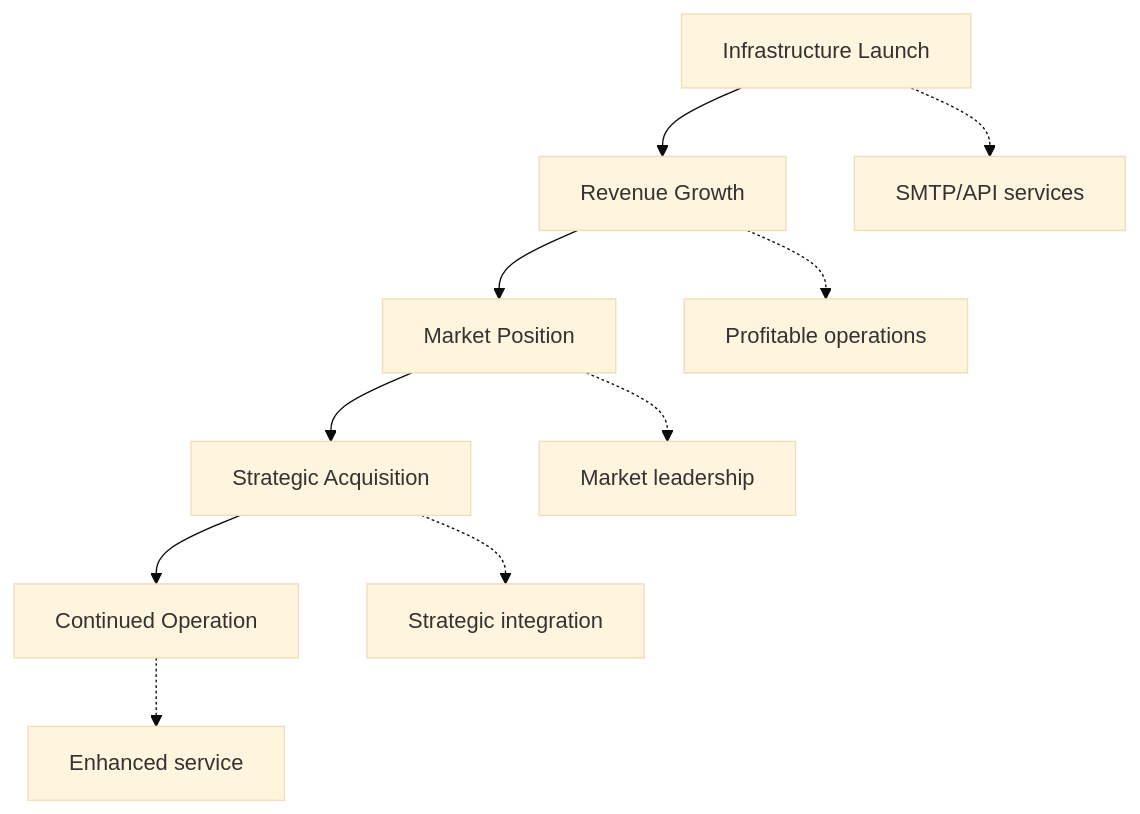
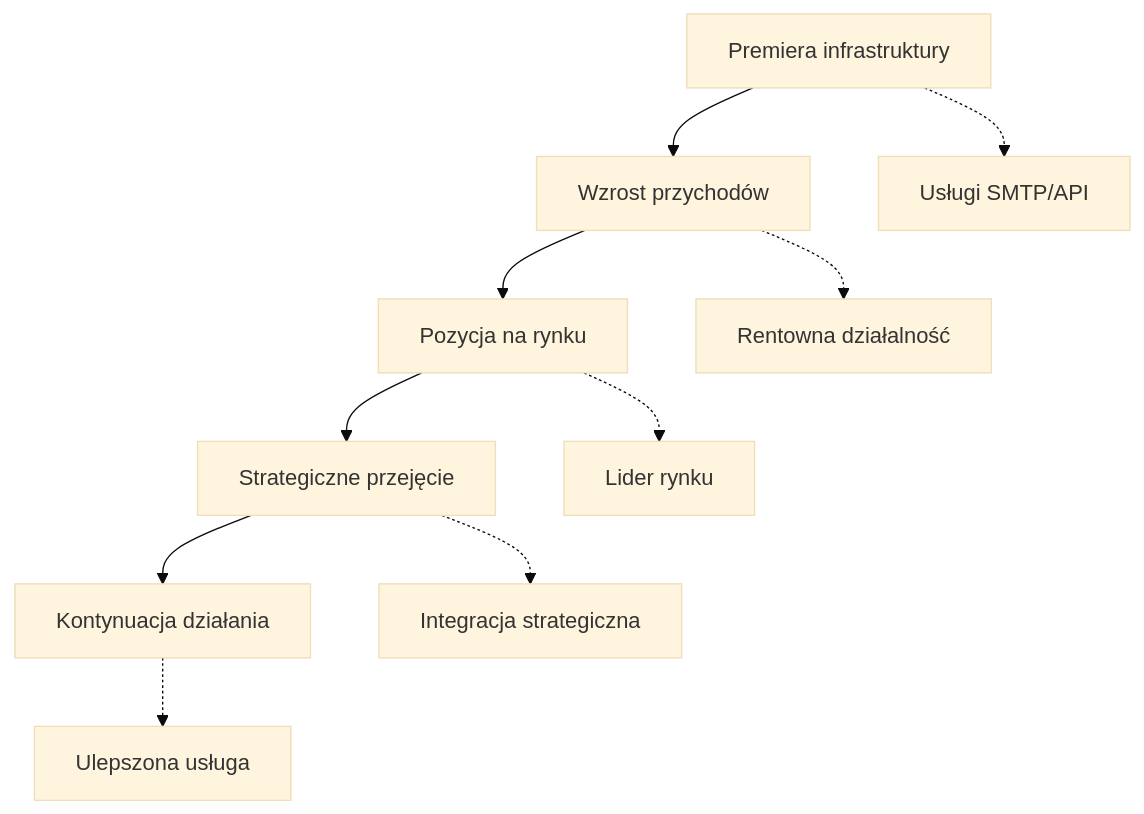
One commit to forwardemail/forwardemail.net changed the sixth of 10 diagrams in app/views/docs/email-startup-graveyard-why-80-percent-email-companies-fail/index-pl.md. Above: the diagram before and after it, drawn with Mermaid (base theme). The commit also changed other lines of this file and 1055 other files, not shown here.

````diff
--- a/app/views/docs/email-startup-graveyard-why-80-percent-email-companies-fail/index-pl.md
+++ b/app/views/docs/email-startup-graveyard-why-80-percent-email-companies-fail/index-pl.md
@@ -354,13 +355,13 @@
 ```mermaid
 flowchart TD
-    F[Infrastructure Launch] --> G[Revenue Growth]
-    G --> H[Market Position]
-    H --> I[Strategic Acquisition]
-    I --> J[Continued Operation]
+    F[Premiera infrastruktury] --> G[Wzrost przychodów]
+    G --> H[Pozycja na rynku]
+    H --> I[Strategiczne przejęcie]
+    I --> J[Kontynuacja działania]
 
-    F -.-> F1["SMTP/API services"]
-    G -.-> G1["Profitable operations"]
-    H -.-> H1["Market leadership"]
-    I -.-> I1["Strategic integration"]
-    J -.-> J1["Enhanced service"]
+    F -.-> F1["Usługi SMTP/API"]
+    G -.-> G1["Rentowna działalność"]
+    H -.-> H1["Lider rynku"]
+    I -.-> I1["Integracja strategiczna"]
+    J -.-> J1["Ulepszona usługa"]
 ```
````
